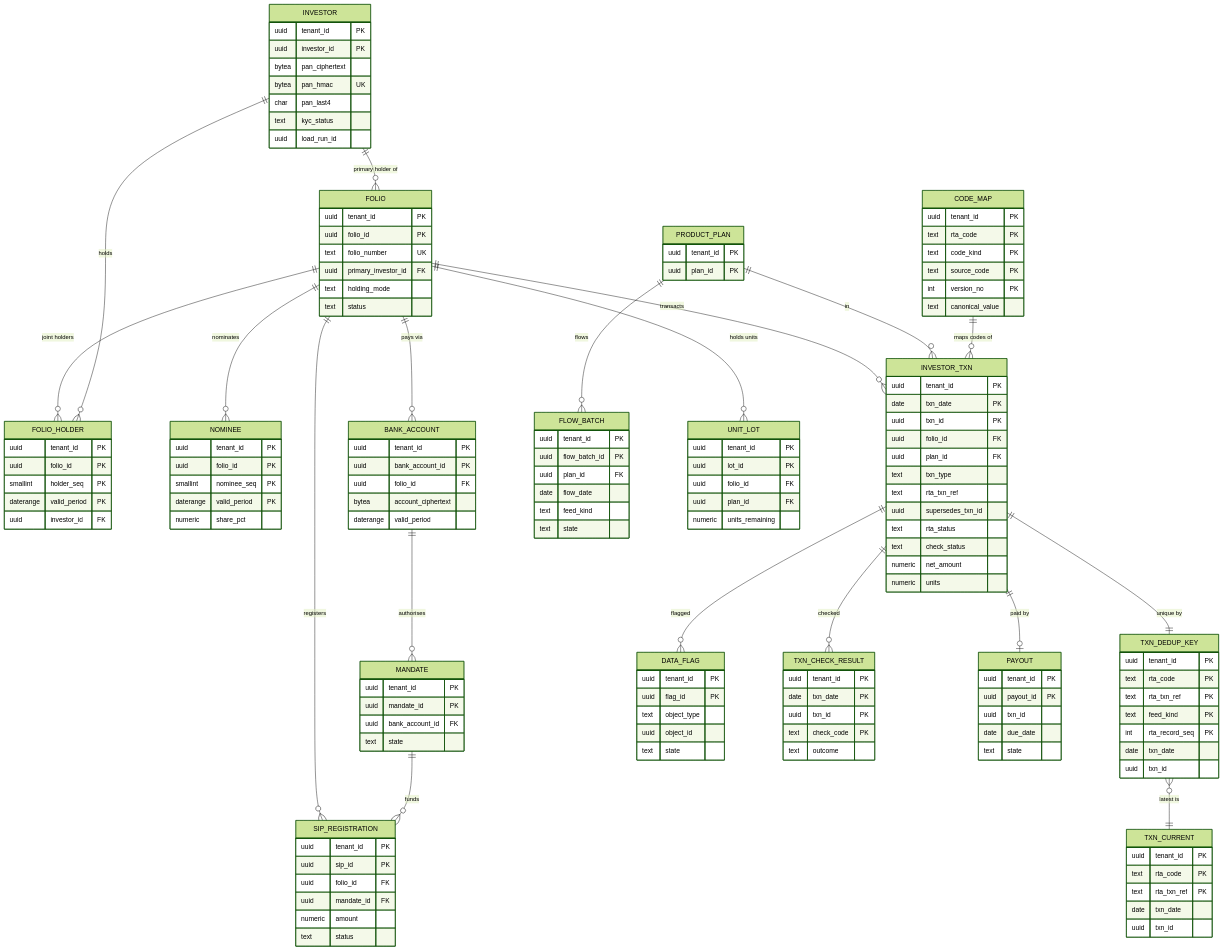
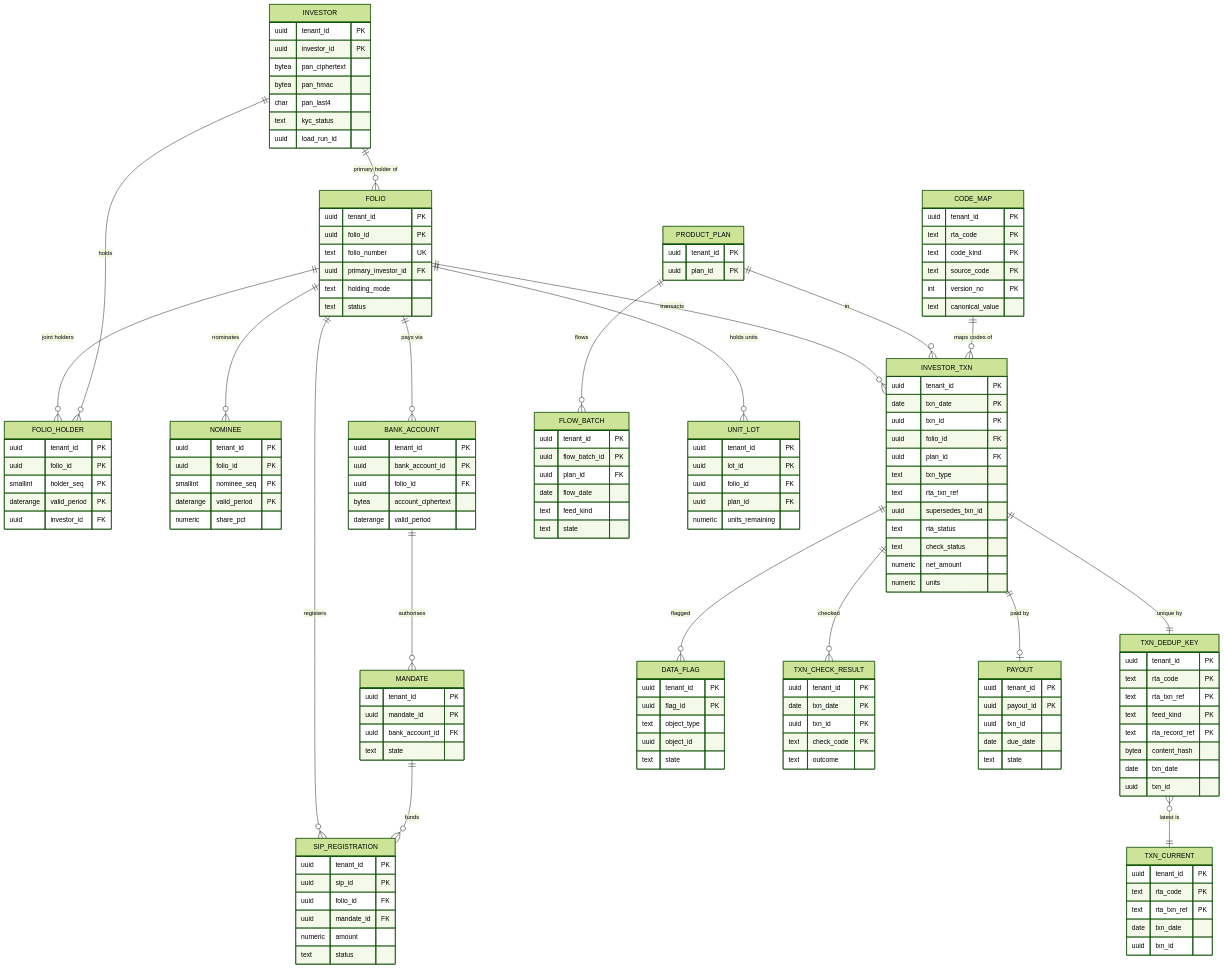
Before and after one commit to suchitdubey7/AMC-OS: the first of 2 diagrams in architecture/erds/D13_investor.md, drawn with Mermaid (forest theme). The commit also changed other lines of this file and 19 other files, not shown here.

```diff
--- a/architecture/erds/D13_investor.md
+++ b/architecture/erds/D13_investor.md
@@ -30,7 +30,7 @@
     uuid tenant_id PK
     uuid investor_id PK
     bytea pan_ciphertext
-    bytea pan_hmac UK
+    bytea pan_hmac
     char pan_last4
     text kyc_status
     uuid load_run_id
@@ -89,7 +89,8 @@
     text rta_code PK
     text rta_txn_ref PK
     text feed_kind PK
-    int rta_record_seq PK
+    text rta_record_ref PK
+    bytea content_hash
     date txn_date
     uuid txn_id
   }
```
